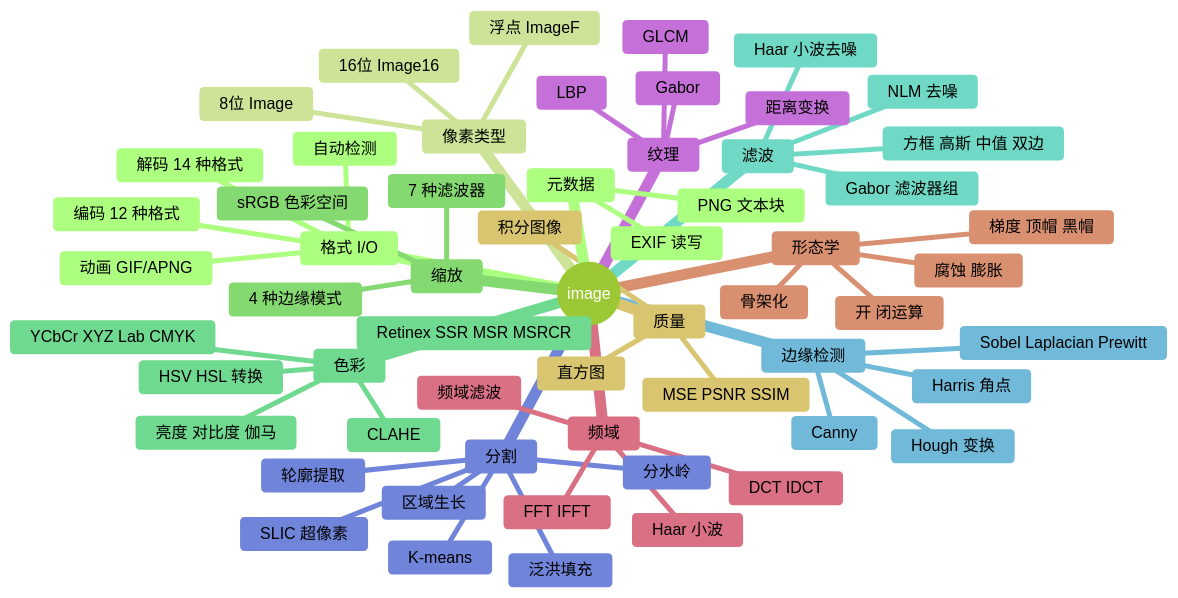
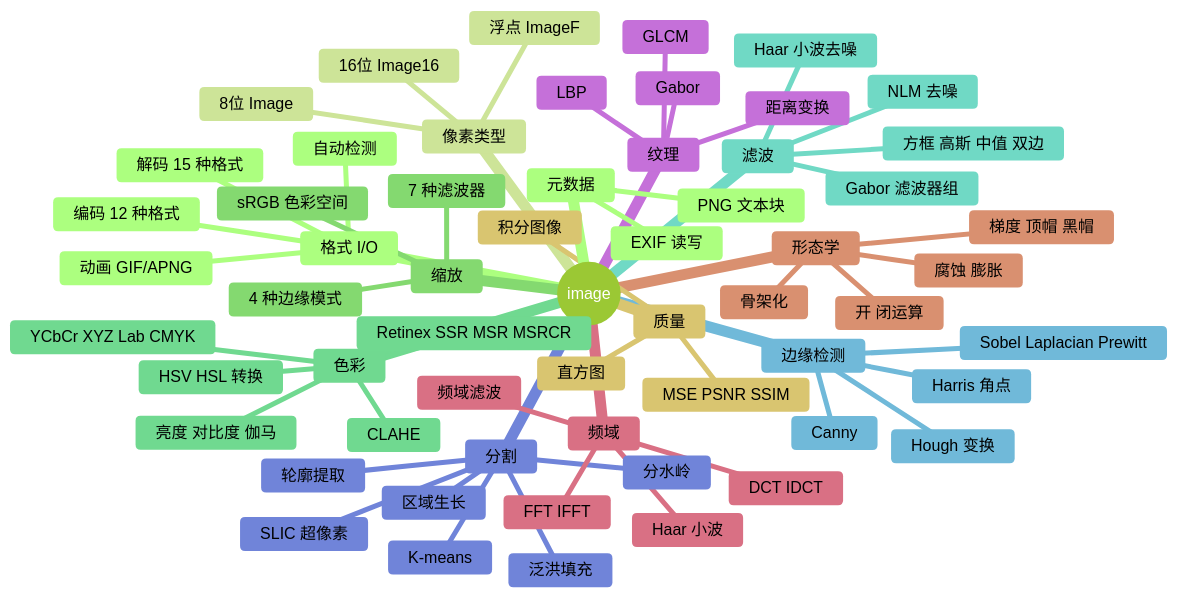
Before and after one commit to toadium/stb-image: the first of 14 diagrams in docs/architecture.md, drawn with Mermaid (forest theme). The commit also changed other lines of this file and 7 other files, not shown here.

````diff
--- a/docs/architecture.md
+++ b/docs/architecture.md
@@ -11,62 +11,62 @@
 ```mermaid
 mindmap
   root((image))
     格式 I/O
-      解码 14 种格式
+      解码 15 种格式
       编码 12 种格式
       自动检测
       动画 GIF/APNG
     像素类型
       8位 Image
       16位 Image16
       浮点 ImageF
     缩放
       7 种滤波器
       4 种边缘模式
       sRGB 色彩空间
     色彩
       HSV HSL 转换
       YCbCr XYZ Lab CMYK
       亮度 对比度 伽马
       CLAHE
       Retinex SSR MSR MSRCR
     滤波
       方框 高斯 中值 双边
       Gabor 滤波器组
       NLM 去噪
       Haar 小波去噪
     边缘检测
       Sobel Laplacian Prewitt
       Canny
       Harris 角点
       Hough 变换
     分割
       K-means
       区域生长
       分水岭
       轮廓提取
       泛洪填充
       SLIC 超像素
     纹理
       LBP
       GLCM
       Gabor
       距离变换
     频域
       FFT IFFT
       DCT IDCT
       频域滤波
       Haar 小波
     形态学
       腐蚀 膨胀
       开 闭运算
       梯度 顶帽 黑帽
       骨架化
     质量
       MSE PSNR SSIM
       直方图
       积分图像
     元数据
       EXIF 读写
       PNG 文本块
 ```
````
